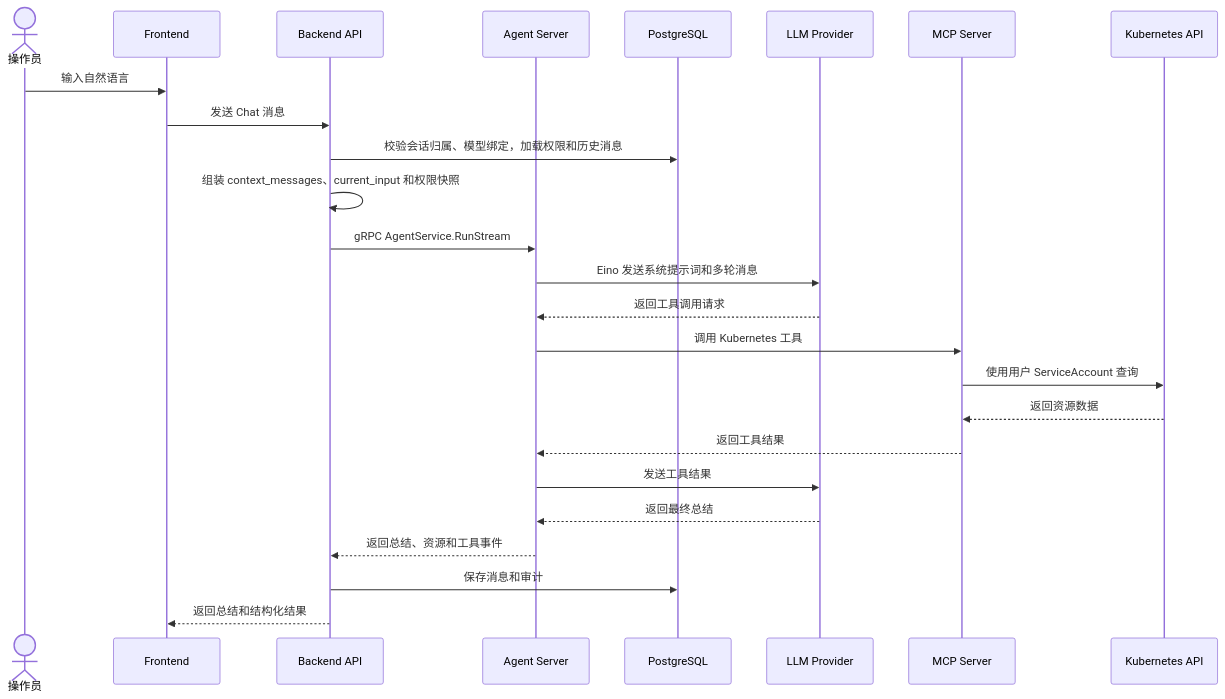
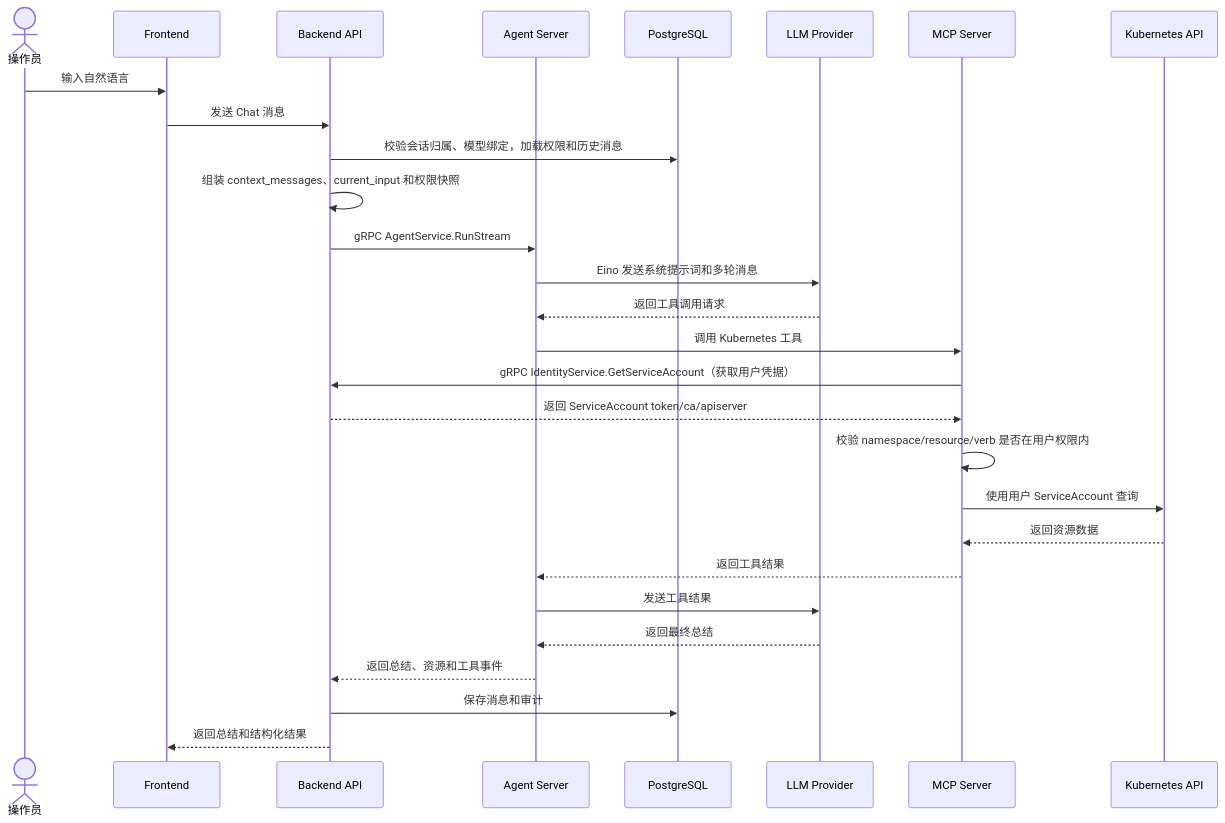
The first of 3 diagrams in docs/architecture/chat-mcp-flow.md (ZhaoXiangHeng/k8s-agent), drawn with Mermaid before and after one commit. The commit also changed other lines of this file and 91 other files, not shown here.

````diff
--- a/docs/architecture/chat-mcp-flow.md
+++ b/docs/architecture/chat-mcp-flow.md
@@ -5,28 +7,31 @@
 ```mermaid
 sequenceDiagram
   actor User as 操作员
   participant UI as Frontend
   participant API as Backend API
   participant Agent as Agent Server
   participant DB as PostgreSQL
   participant LLM as LLM Provider
   participant MCP as MCP Server
   participant K8S as Kubernetes API
 
   User->>UI: 输入自然语言
   UI->>API: 发送 Chat 消息
   API->>DB: 校验会话归属、模型绑定，加载权限和历史消息
   API->>API: 组装 context_messages、current_input 和权限快照
   API->>Agent: gRPC AgentService.RunStream
   Agent->>LLM: Eino 发送系统提示词和多轮消息
   LLM-->>Agent: 返回工具调用请求
   Agent->>MCP: 调用 Kubernetes 工具
+  MCP->>API: gRPC IdentityService.GetServiceAccount（获取用户凭据）
+  API-->>MCP: 返回 ServiceAccount token/ca/apiserver
+  MCP->>MCP: 校验 namespace/resource/verb 是否在用户权限内
   MCP->>K8S: 使用用户 ServiceAccount 查询
   K8S-->>MCP: 返回资源数据
   MCP-->>Agent: 返回工具结果
   Agent->>LLM: 发送工具结果
   LLM-->>Agent: 返回最终总结
   Agent-->>API: 返回总结、资源和工具事件
   API->>DB: 保存消息和审计
   API-->>UI: 返回总结和结构化结果
 ```
````
